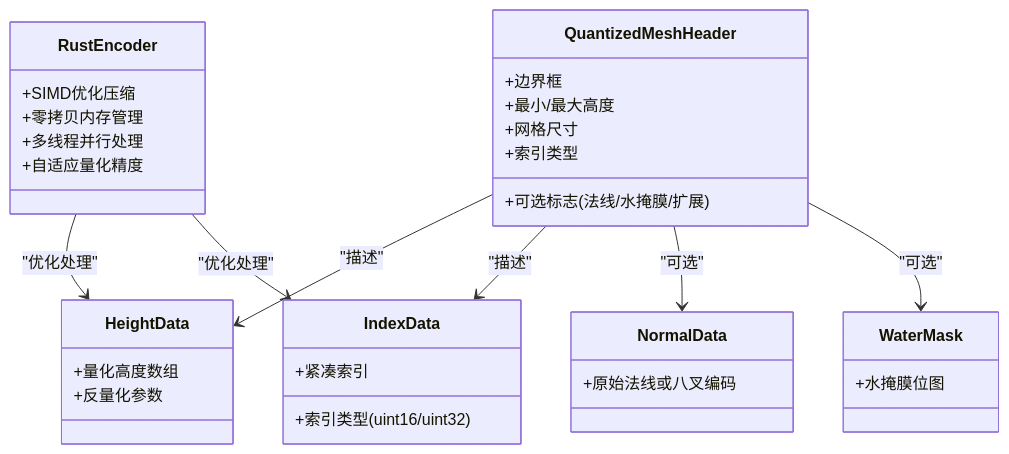
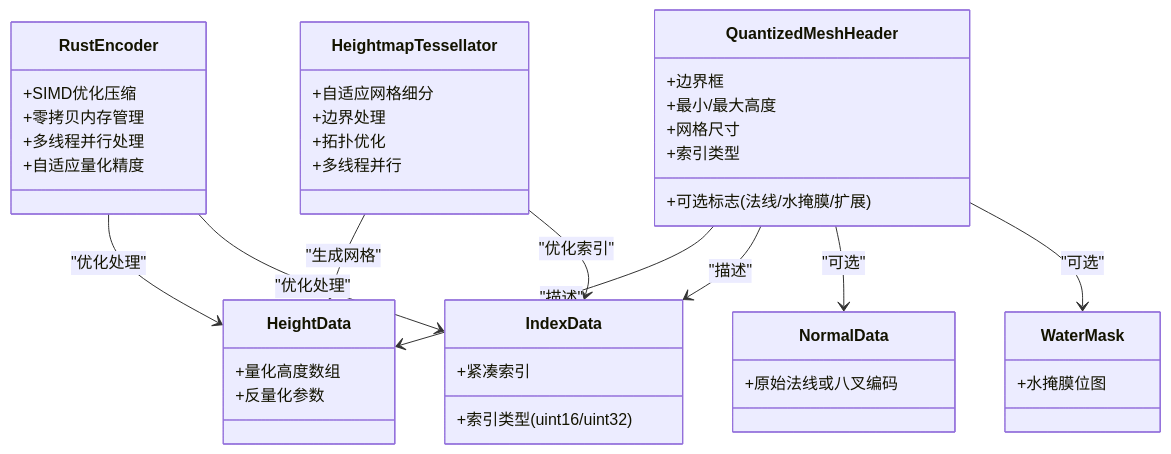
One commit to rzhangjing/cesium changed the fourth of 7 diagrams in .qoder/repowiki/zh/content/项目概述/核心特性/地形与影像系统/地形数据提供者系统.md. Above: the diagram before and after it, drawn with Mermaid. The commit also changed other lines of this file and 32 other files, not shown here.

````diff
--- a/.qoder/repowiki/zh/content/项目概述/核心特性/地形与影像系统/地形数据提供者系统.md
+++ b/.qoder/repowiki/zh/content/项目概述/核心特性/地形与影像系统/地形数据提供者系统.md
@@ -248,36 +293,44 @@
 ```mermaid
 classDiagram
 class QuantizedMeshHeader {
 +边界框
 +最小/最大高度
 +网格尺寸
 +索引类型
 +可选标志(法线/水掩膜/扩展)
 }
 class HeightData {
 +量化高度数组
 +反量化参数
 }
 class IndexData {
 +紧凑索引
 +索引类型(uint16/uint32)
 }
 class NormalData {
 +原始法线或八叉编码
 }
 class WaterMask {
 +水掩膜位图
 }
 class RustEncoder {
 +SIMD优化压缩
 +零拷贝内存管理
 +多线程并行处理
 +自适应量化精度
 }
+class HeightmapTessellator {
++自适应网格细分
++边界处理
++拓扑优化
++多线程并行
+}
 QuantizedMeshHeader --> HeightData : "描述"
 QuantizedMeshHeader --> IndexData : "描述"
 QuantizedMeshHeader --> NormalData : "可选"
 QuantizedMeshHeader --> WaterMask : "可选"
 RustEncoder --> HeightData : "优化处理"
 RustEncoder --> IndexData : "优化处理"
+HeightmapTessellator --> HeightData : "生成网格"
+HeightmapTessellator --> IndexData : "优化索引"
 ```
````
